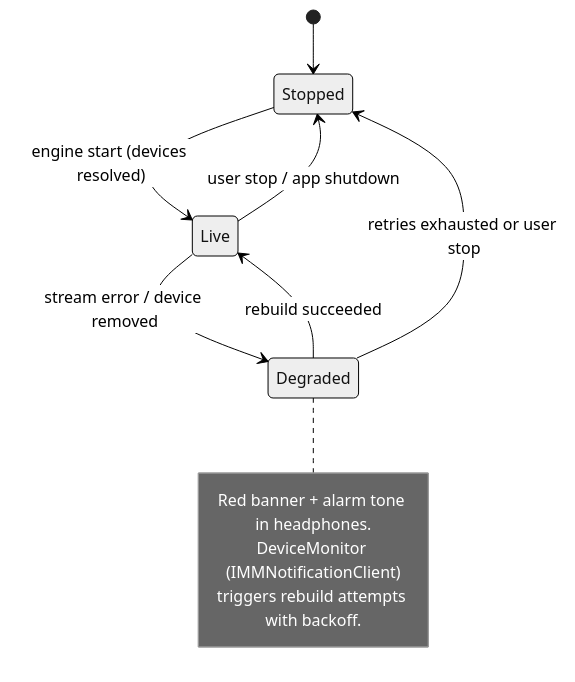
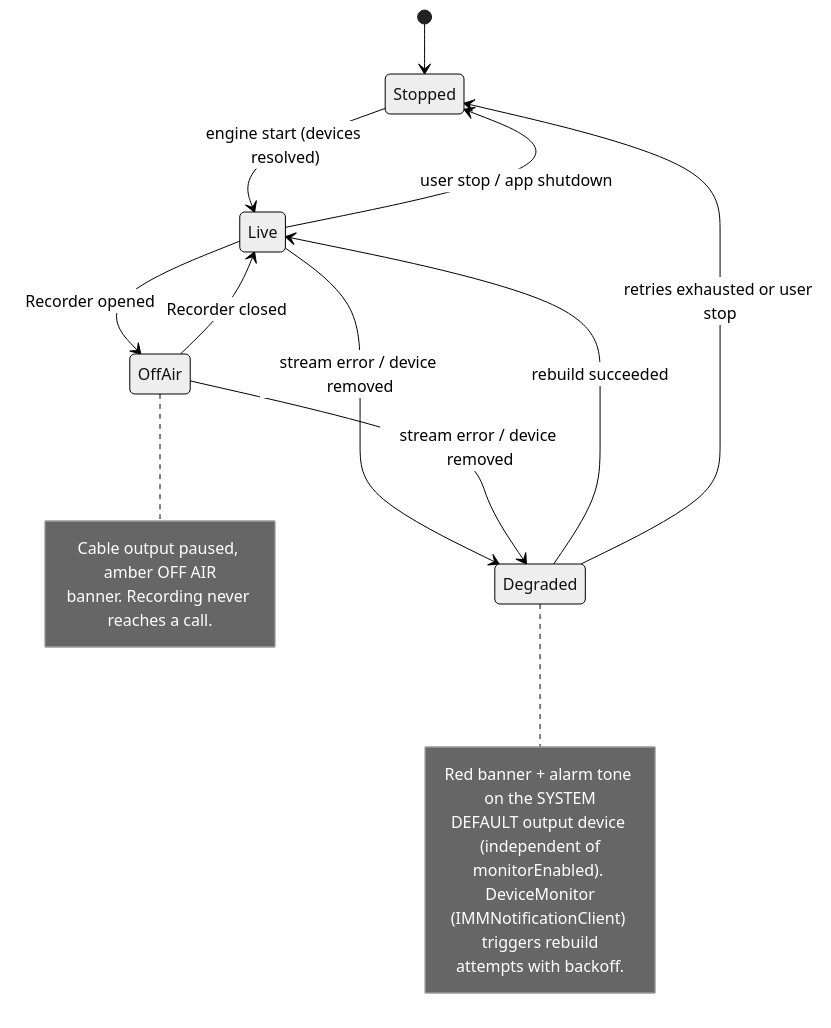
One commit to olehserv/ada-voice changed the second of 3 diagrams in docs/design/06-audio-engine.md. Above: the diagram before and after it, drawn with Mermaid (neutral theme). The commit also changed other lines of this file and 9 other files, not shown here.

````diff
--- a/docs/design/06-audio-engine.md
+++ b/docs/design/06-audio-engine.md
@@ -55,14 +81,23 @@
 ```mermaid
 stateDiagram-v2
     [*] --> Stopped
     Stopped --> Live : engine start (devices resolved)
+    Live --> OffAir : Recorder opened
+    OffAir --> Live : Recorder closed
     Live --> Degraded : stream error / device removed
+    OffAir --> Degraded : stream error / device removed
     Degraded --> Live : rebuild succeeded
     Degraded --> Stopped : retries exhausted or user stop
     Live --> Stopped : user stop / app shutdown
     note right of Degraded
-        Red banner + alarm tone in headphones.
-        DeviceMonitor (IMMNotificationClient)
-        triggers rebuild attempts with backoff.
+        Red banner + alarm tone on the SYSTEM
+        DEFAULT output device (independent of
+        monitorEnabled). DeviceMonitor
+        (IMMNotificationClient) triggers rebuild
+        attempts with backoff.
+    end note
+    note right of OffAir
+        Cable output paused, amber OFF AIR
+        banner. Recording never reaches a call.
     end note
 ```
````
